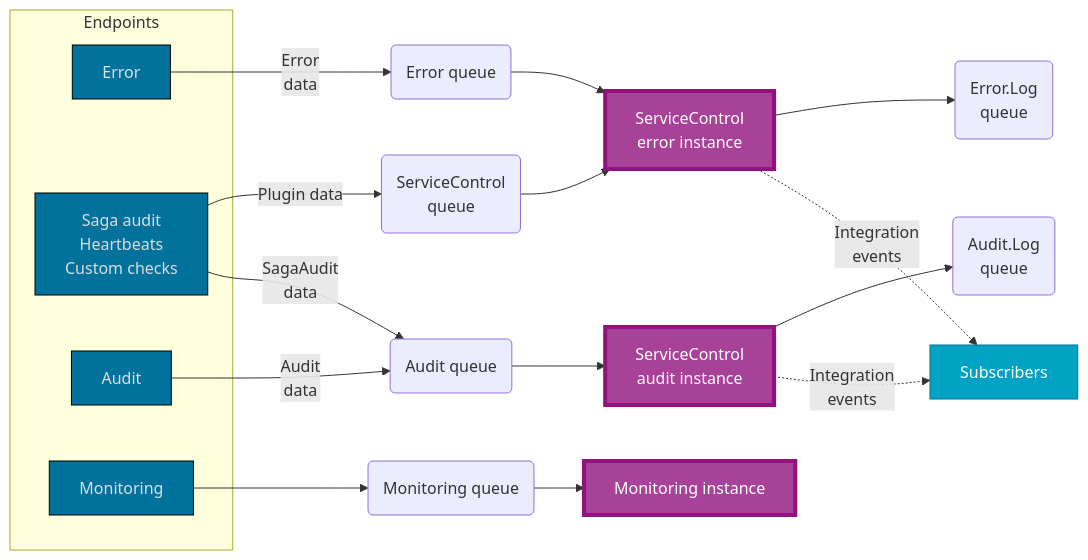
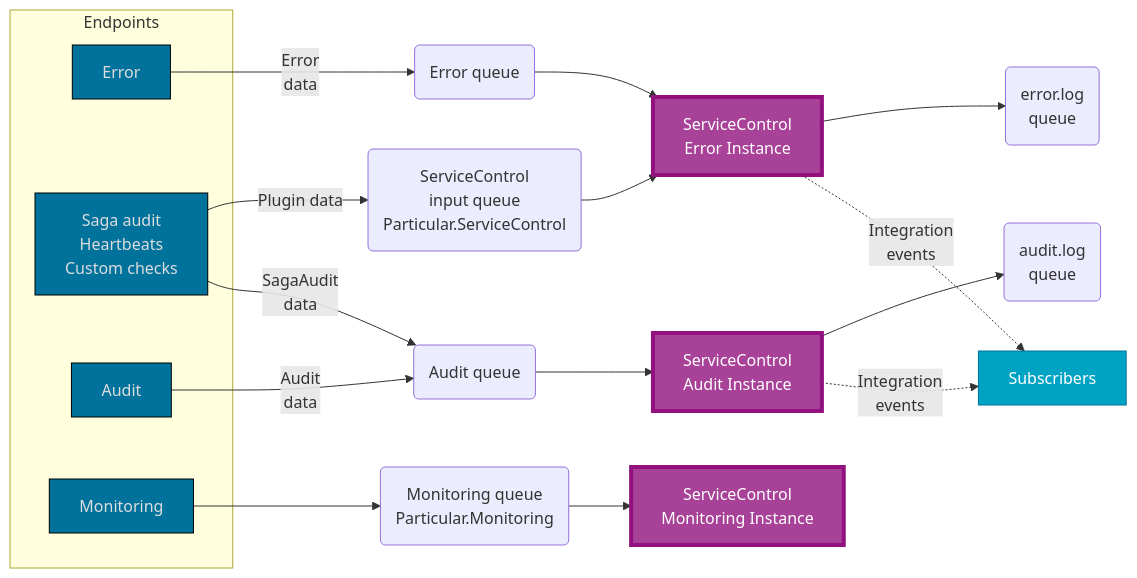
One commit to Particular/docs.particular.net changed the diagram in servicecontrol/how.md. Above: the diagram before and after it, drawn with Mermaid. The commit also changed other lines of this file and 3 other files, not shown here.

````diff
--- a/servicecontrol/how.md
+++ b/servicecontrol/how.md
@@ -16,39 +16,39 @@
 ```mermaid
 graph LR
   subgraph Endpoints
     Error
     Plugins[Saga audit<br>Heartbeats<br>Custom checks]
     Audit
     Monitoring
   end
 
   Audit -- Audit<br>data --> AuditQ(Audit queue)
-  AuditQ --> ServiceControlAudit[ServiceControl<br>audit instance]
-  ServiceControlAudit --> AuditLog(Audit.Log<br>queue)
+  AuditQ --> ServiceControlAudit[ServiceControl<br>Audit Instance]
+  ServiceControlAudit --> AuditLog(audit.log<br>queue)
   ServiceControlAudit -. Integration<br>events .-> Watchers
 
   Plugins -- Plugin data --> SCQ
   Plugins -- SagaAudit<br>data --> AuditQ(Audit queue)
-  SCQ(ServiceControl<br>queue) --> ServiceControlError
+  SCQ(ServiceControl<br> input queue<br>Particular.ServiceControl) --> ServiceControlError
 
   Error -- Error<br>data --> ErrorQ(Error queue)
-  ErrorQ --> ServiceControlError[ServiceControl<br>error instance]
-  ServiceControlError --> ErrorLog(Error.Log<br>queue)
+  ErrorQ --> ServiceControlError[ServiceControl<br>Error Instance]
+  ServiceControlError --> ErrorLog(error.log<br>queue)
   ServiceControlError -. Integration<br>events .-> Watchers[Subscribers]
 
-  Monitoring --> MonQ(Monitoring queue)
-  MonQ --> ServiceControlMonitoring[Monitoring instance]
+  Monitoring --> MonQ(Monitoring queue<br>Particular.Monitoring)
+  MonQ --> ServiceControlMonitoring[ServiceControl<br>Monitoring Instance]
 
   classDef Endpoints fill:#00A3C4,stroke:#00729C,color:#FFFFFF
   classDef ServiceControlInstance fill:#A84198,stroke:#92117E,color:#FFFFFF,stroke-width:4px
   classDef Plugin fill:#00729C,stroke:#000,color:#ddd
 
   class ServiceControlError ServiceControlInstance
   class ServiceControlAudit ServiceControlInstance
   class ServiceControlMonitoring ServiceControlInstance
   class Watchers Endpoints
   class Plugins Plugin
   class Audit Plugin
   class Error Plugin
   class Monitoring Plugin
 ```
````
